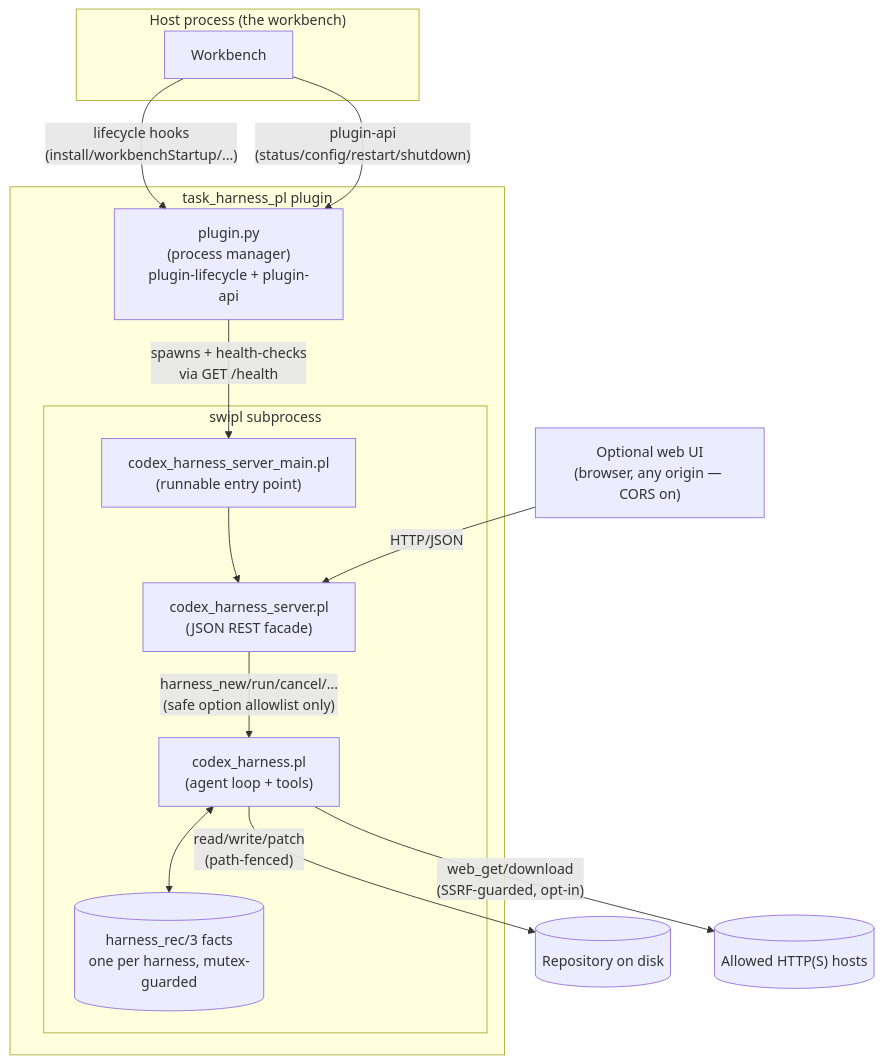
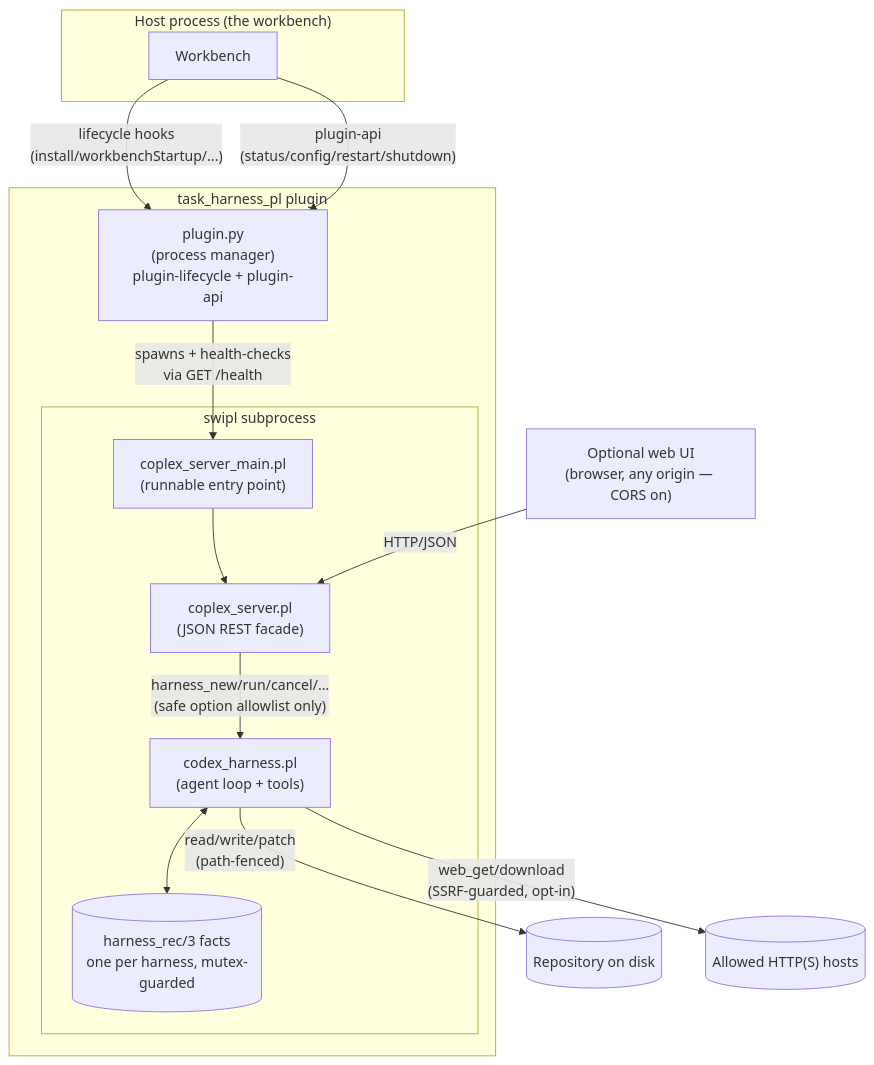
One commit to logicmoo/coplex changed the diagram in docs/README.md. Above: the diagram before and after it, drawn with Mermaid. The commit also changed other lines of this file and 19 other files, not shown here.

````diff
--- a/docs/README.md
+++ b/docs/README.md
@@ -43,30 +43,30 @@
 ```mermaid
 graph TB
     subgraph Host["Host process (the workbench)"]
         WB["Workbench"]
     end
 
     subgraph Plugin["task_harness_pl plugin"]
         PY["plugin.py\n(process manager)\nplugin-lifecycle + plugin-api"]
         subgraph SW["swipl subprocess"]
-            MAIN["codex_harness_server_main.pl\n(runnable entry point)"]
-            SRV["codex_harness_server.pl\n(JSON REST facade)"]
+            MAIN["coplex_server_main.pl\n(runnable entry point)"]
+            SRV["coplex_server.pl\n(JSON REST facade)"]
             CORE["codex_harness.pl\n(agent loop + tools)"]
             STATE[("harness_rec/3 facts\none per harness, mutex-guarded")]
         end
     end
 
     REPO[("Repository on disk")]
     NET[("Allowed HTTP(S) hosts")]
     UI["Optional web UI\n(browser, any origin — CORS on)"]
 
     WB -- "lifecycle hooks\n(install/workbenchStartup/...)" --> PY
     WB -- "plugin-api\n(status/config/restart/shutdown)" --> PY
     PY -- "spawns + health-checks\nvia GET /health" --> MAIN
     MAIN --> SRV
     UI -- "HTTP/JSON" --> SRV
     SRV -- "harness_new/run/cancel/...\n(safe option allowlist only)" --> CORE
     CORE <--> STATE
     CORE -- "read/write/patch\n(path-fenced)" --> REPO
     CORE -- "web_get/download\n(SSRF-guarded, opt-in)" --> NET
 ```
````
